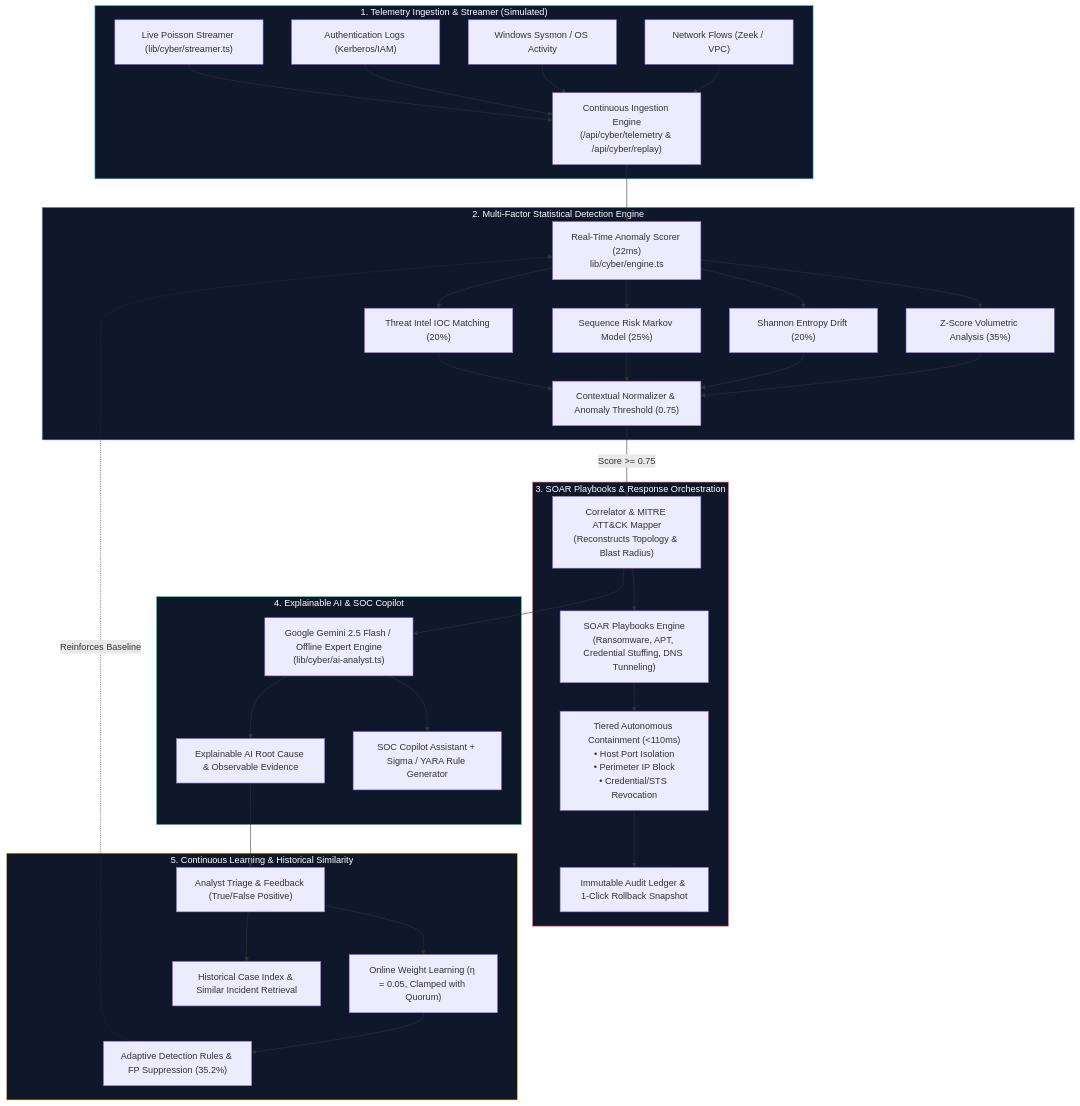
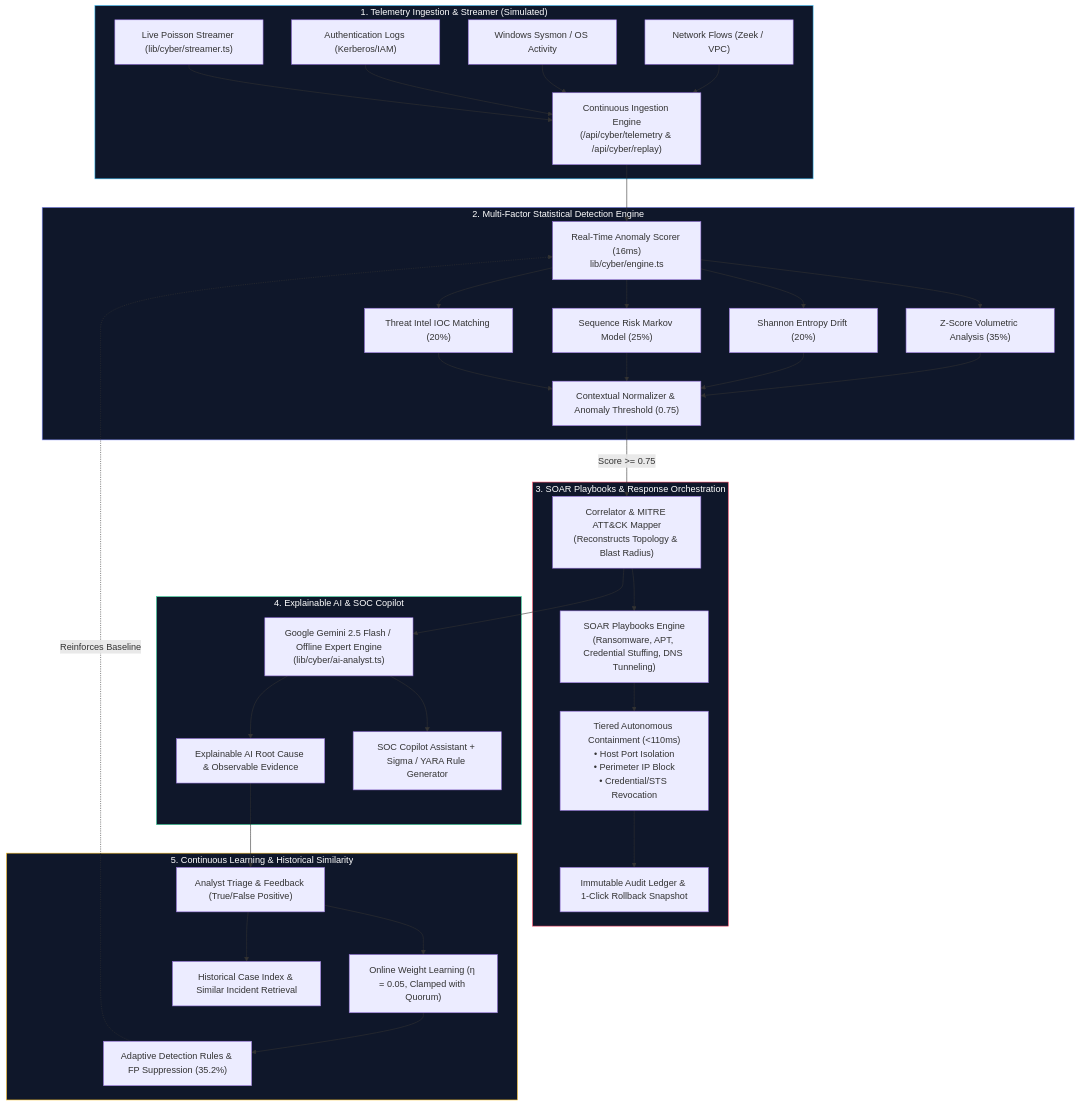
One commit to Sriman-7/AegisSOC changed the diagram in README.md. Above: the diagram before and after it, drawn with Mermaid. The commit also changed other lines of this file, not shown here.

````diff
--- a/README.md
+++ b/README.md
@@ -11,50 +18,50 @@
 ```mermaid
 flowchart TD
     %% INGESTION
     subgraph INGEST["1. Telemetry Ingestion & Streamer (Simulated)"]
         A1["Network Flows (Zeek / VPC)"] --> STREAM["Continuous Ingestion Engine\n(/api/cyber/telemetry & /api/cyber/replay)"]
         A2["Windows Sysmon / OS Activity"] --> STREAM
         A3["Authentication Logs (Kerberos/IAM)"] --> STREAM
         A4["Live Poisson Streamer (lib/cyber/streamer.ts)"] --> STREAM
     end
 
     %% DETECTION
     subgraph ENGINE["2. Multi-Factor Statistical Detection Engine"]
-        STREAM --> MATH["Real-Time Anomaly Scorer (22ms)\nlib/cyber/engine.ts"]
+        STREAM --> MATH["Real-Time Anomaly Scorer (16ms)\nlib/cyber/engine.ts"]
         MATH --> Z["Z-Score Volumetric Analysis (35%)"]
         MATH --> H["Shannon Entropy Drift (20%)"]
         MATH --> S["Sequence Risk Markov Model (25%)"]
         MATH --> I["Threat Intel IOC Matching (20%)"]
         Z & H & S & I --> NORM["Contextual Normalizer & Anomaly Threshold (0.75)"]
     end
 
     %% CORRELATION & PLAYBOOKS
     subgraph ORCH["3. SOAR Playbooks & Response Orchestration"]
         NORM -->|"Score >= 0.75"| INC["Correlator & MITRE ATT&CK Mapper\n(Reconstructs Topology & Blast Radius)"]
         INC --> PB["SOAR Playbooks Engine\n(Ransomware, APT, Credential Stuffing, DNS Tunneling)"]
         PB --> ACT["Tiered Autonomous Containment (<110ms)\n• Host Port Isolation\n• Perimeter IP Block\n• Credential/STS Revocation"]
         ACT --> ROLL["Immutable Audit Ledger & 1-Click Rollback Snapshot"]
     end
 
     %% GENAI COPILOT
     subgraph COPILOT["4. Explainable AI & SOC Copilot"]
         INC --> GEMINI["Google Gemini 2.5 Flash / Offline Expert Engine\n(lib/cyber/ai-analyst.ts)"]
         GEMINI --> EXP["Explainable AI Root Cause & Observable Evidence"]
         GEMINI --> CHAT["SOC Copilot Assistant + Sigma / YARA Rule Generator"]
     end
 
     %% CONTINUOUS LEARNING
     subgraph LEARNING["5. Continuous Learning & Historical Similarity"]
         EXP --> ANALYST["Analyst Triage & Feedback (True/False Positive)"]
         ANALYST --> EWMA["Online Weight Learning (η = 0.05, Clamped with Quorum)"]
         ANALYST --> SIMILAR["Historical Case Index & Similar Incident Retrieval"]
         EWMA --> RULE["Adaptive Detection Rules & FP Suppression (35.2%)"]
         RULE -.->|Reinforces Baseline| MATH
     end
 
     style INGEST fill:#0f172a,stroke:#38bdf8,color:#fff
     style ENGINE fill:#0f172a,stroke:#818cf8,color:#fff
     style ORCH fill:#0f172a,stroke:#f43f5e,color:#fff
     style COPILOT fill:#0f172a,stroke:#34d399,color:#fff
     style LEARNING fill:#0f172a,stroke:#fbbf24,color:#fff
 ```
````
